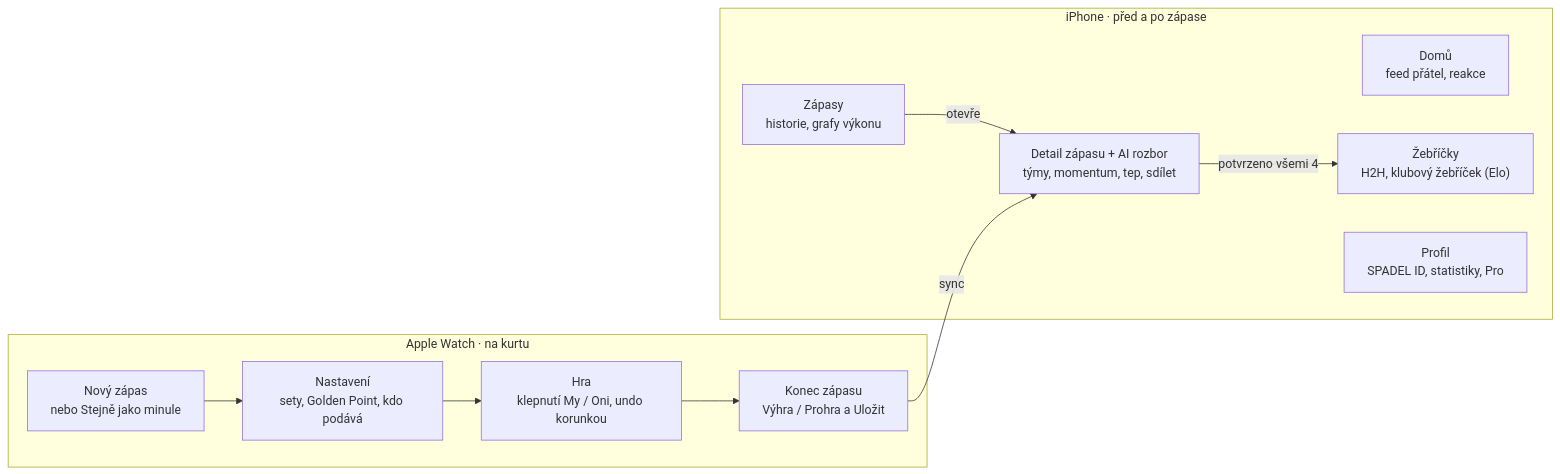
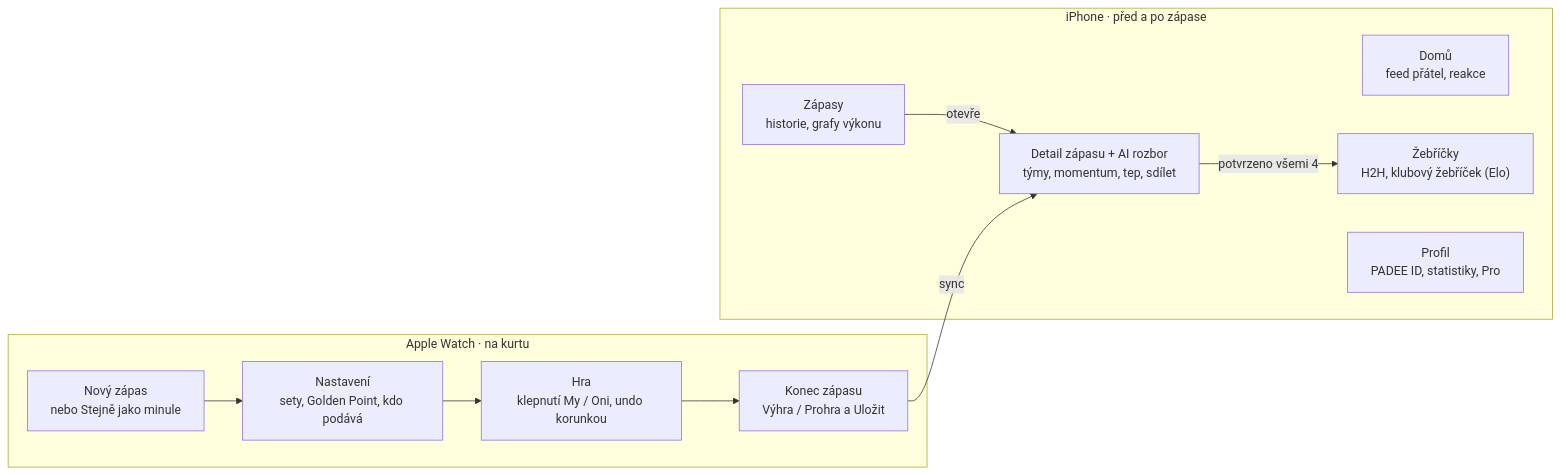
Before and after one commit to zdendis27/SPADEL: the diagram in docs/uzivatelske-cesty.md, drawn with Mermaid. The commit also changed other lines of this file, not shown here.

First line of the commit message:
Docs: přejmenování SPADEL na PADEE v uživatelských cestách

````diff
--- a/docs/uzivatelske-cesty.md
+++ b/docs/uzivatelske-cesty.md
@@ -91,18 +91,18 @@
 ```mermaid
 flowchart LR
   subgraph W["Apple Watch · na kurtu"]
     W1["Nový zápas<br/>nebo Stejně jako minule"] --> W2["Nastavení<br/>sety, Golden Point, kdo podává"]
     W2 --> W3["Hra<br/>klepnutí My / Oni, undo korunkou"]
     W3 --> W4["Konec zápasu<br/>Výhra / Prohra a Uložit"]
   end
   subgraph P["iPhone · před a po zápase"]
     T1["Domů<br/>feed přátel, reakce"]
     T2["Zápasy<br/>historie, grafy výkonu"]
     T3["Žebříčky<br/>H2H, klubový žebříček (Elo)"]
-    T4["Profil<br/>SPADEL ID, statistiky, Pro"]
+    T4["Profil<br/>PADEE ID, statistiky, Pro"]
     D["Detail zápasu + AI rozbor<br/>týmy, momentum, tep, sdílet"]
     T2 -- otevře --> D
     D -- "potvrzeno všemi 4" --> T3
   end
   W4 -- sync --> D
 ```
````
